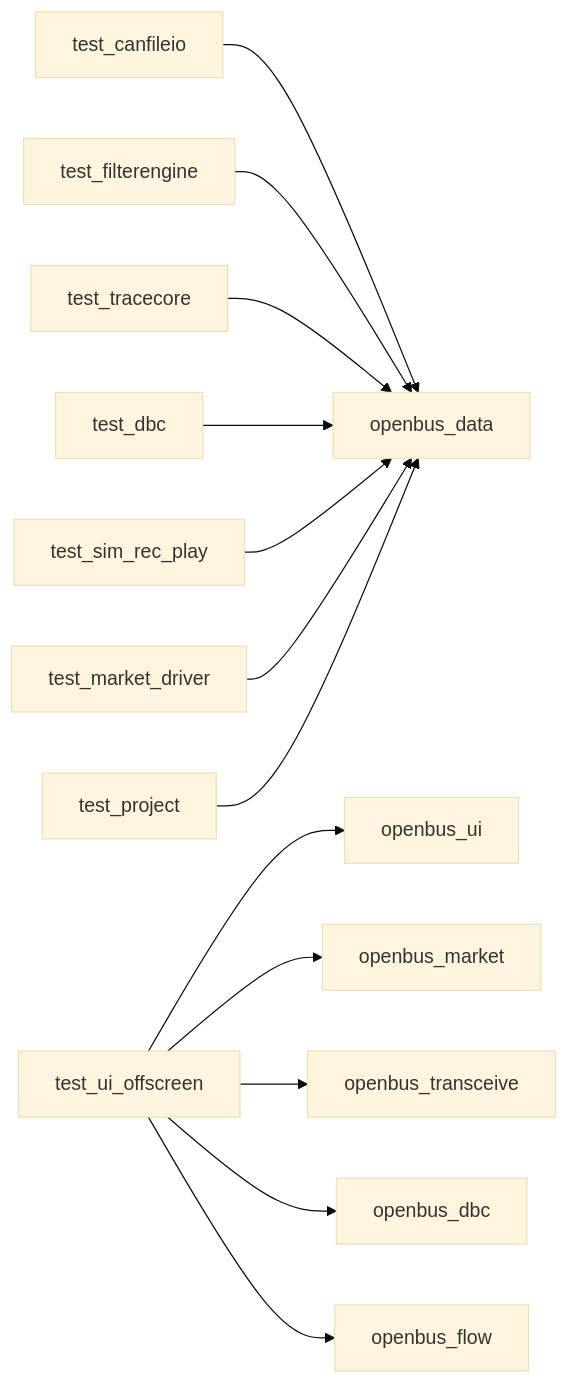
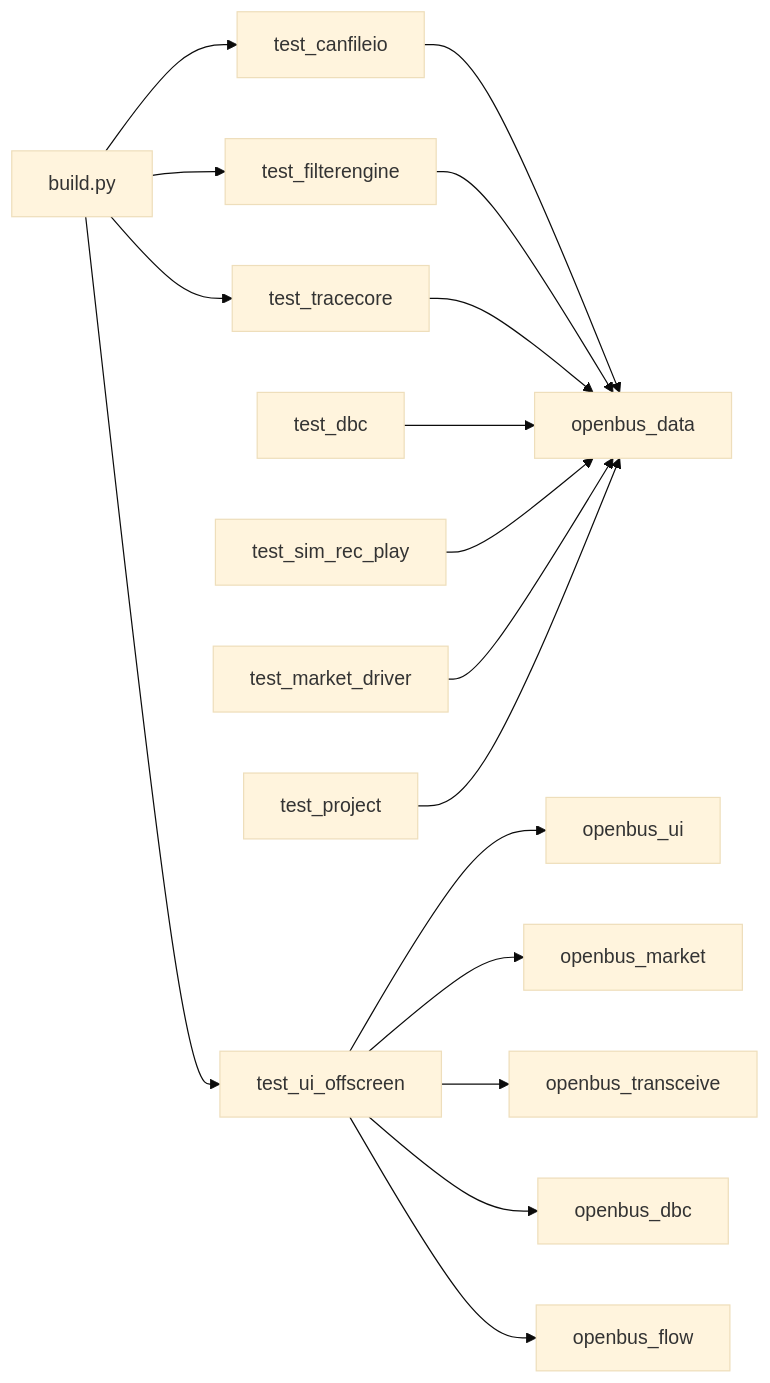
The seventh of 7 diagrams in .qoder/repowiki/zh/content/开发指南/测试策略文档.md (jakecai1225-design/OpenBus), drawn with Mermaid (base theme) before and after one commit. The commit also changed other lines of this file and 4 other files, not shown here.

````diff
--- a/.qoder/repowiki/zh/content/开发指南/测试策略文档.md
+++ b/.qoder/repowiki/zh/content/开发指南/测试策略文档.md
@@ -209,15 +231,19 @@
 ```mermaid
 graph LR
 T1["test_canfileio"] --> D["openbus_data"]
 T2["test_filterengine"] --> D
 T3["test_tracecore"] --> D
 T4["test_dbc"] --> D
 T5["test_sim_rec_play"] --> D
 T6["test_market_driver"] --> D
 T7["test_project"] --> D
 U["test_ui_offscreen"] --> UI["openbus_ui"]
 U --> M["openbus_market"]
 U --> TR["openbus_transceive"]
 U --> DB["openbus_dbc"]
 U --> FL["openbus_flow"]
+B["build.py"] --> T1
+B --> T2
+B --> T3
+B --> U
 ```
````
